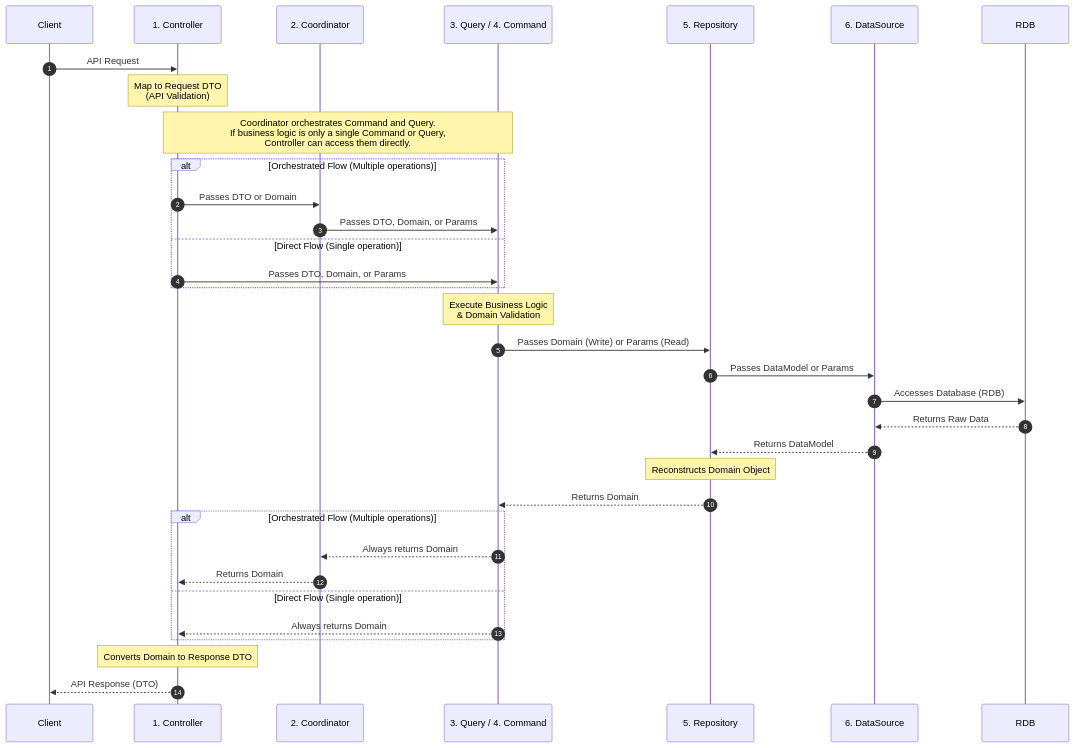
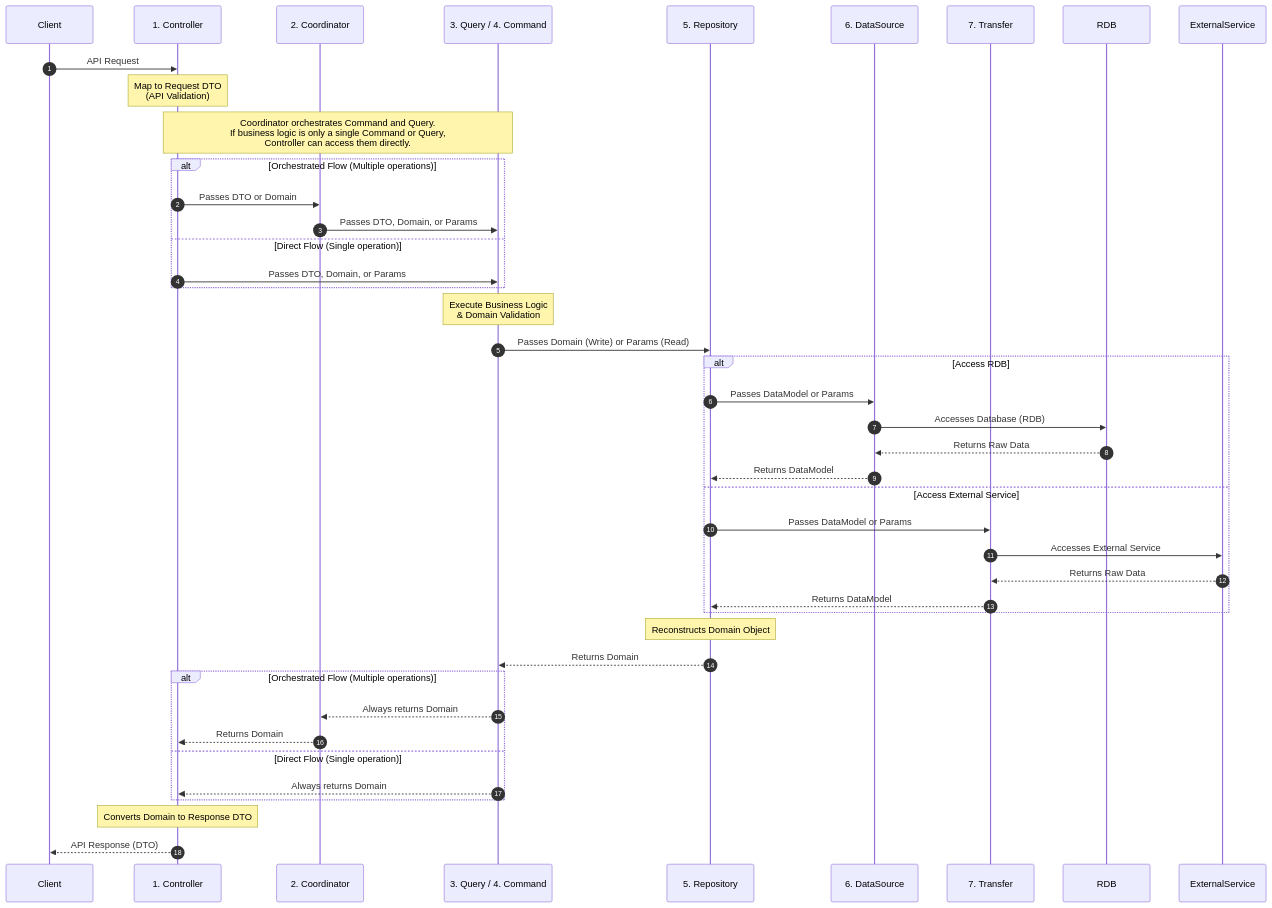
One commit to bereu/Auto-generate-PR-from-linear changed the diagram in docs/adr/BE-001-layer-architecture.md. Above: the diagram before and after it, drawn with Mermaid. The commit also changed other lines of this file and 15 other files, not shown here.

````diff
--- a/docs/adr/BE-001-layer-architecture.md
+++ b/docs/adr/BE-001-layer-architecture.md
@@ -21,42 +19,51 @@
 ```mermaid
 sequenceDiagram
     autonumber
     participant Client
     participant Ctrl as 1. Controller
     participant Coord as 2. Coordinator
     participant Logic as 3. Query / 4. Command
     participant Repo as 5. Repository
     participant DS as 6. DataSource
+    participant Transfer as 7. Transfer
     participant DB as RDB
+    participant ES as ExternalService
 
     Client->>Ctrl: API Request
     Note over Ctrl: Map to Request DTO<br/>(API Validation)
 
     Note over Ctrl,Logic: Coordinator orchestrates Command and Query.<br/>If business logic is only a single Command or Query,<br/>Controller can access them directly.
     alt Orchestrated Flow (Multiple operations)
         Ctrl->>Coord: Passes DTO or Domain
         Coord->>Logic: Passes DTO, Domain, or Params
     else Direct Flow (Single operation)
         Ctrl->>Logic: Passes DTO, Domain, or Params
     end
 
     Note over Logic: Execute Business Logic<br/>& Domain Validation
 
     Logic->>Repo: Passes Domain (Write) or Params (Read)
-    Repo->>DS: Passes DataModel or Params
-    DS->>DB: Accesses Database (RDB)
-    DB-->>DS: Returns Raw Data
-    DS-->>Repo: Returns DataModel
+    alt Access RDB
+        Repo->>DS: Passes DataModel or Params
+        DS->>DB: Accesses Database (RDB)
+        DB-->>DS: Returns Raw Data
+        DS-->>Repo: Returns DataModel
+    else Access External Service
+        Repo->>Transfer: Passes DataModel or Params
+        Transfer->>ES: Accesses External Service
+        ES-->>Transfer: Returns Raw Data
+        Transfer-->>Repo: Returns DataModel
+    end
     Note over Repo: Reconstructs Domain Object
     Repo-->>Logic: Returns Domain
 
     alt Orchestrated Flow (Multiple operations)
         Logic-->>Coord: Always returns Domain
         Coord-->>Ctrl: Returns Domain
     else Direct Flow (Single operation)
         Logic-->>Ctrl: Always returns Domain
     end
 
     Note over Ctrl: Converts Domain to Response DTO
     Ctrl-->>Client: API Response (DTO)
 ```
````
